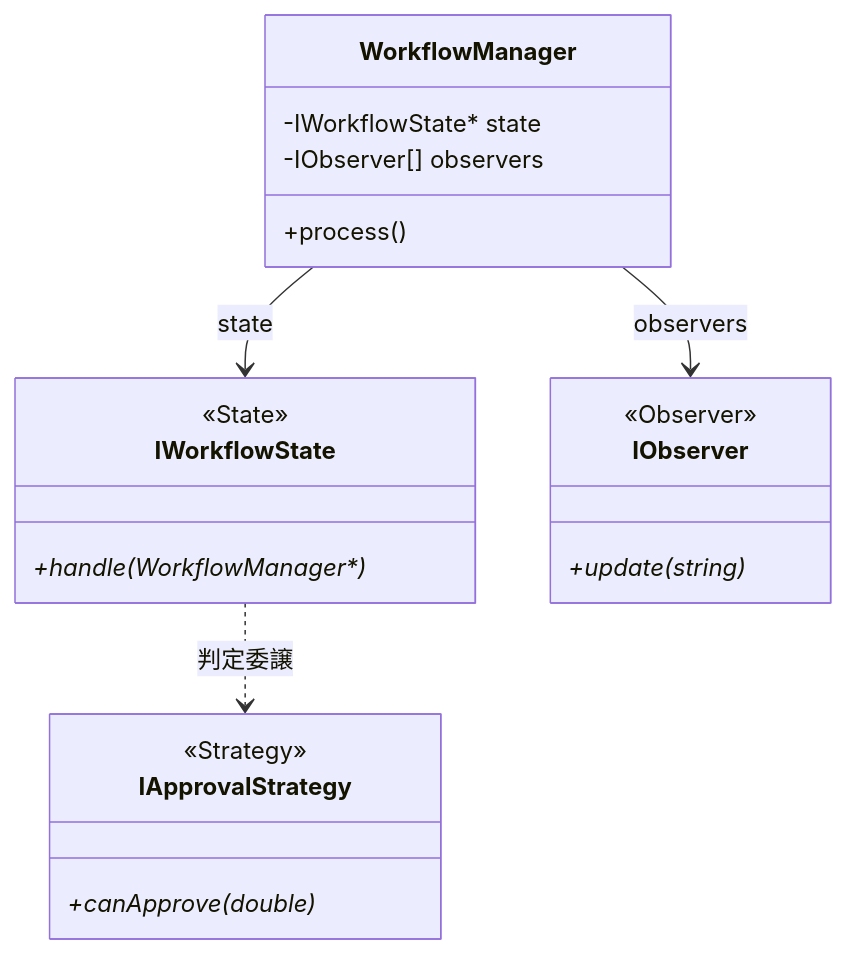
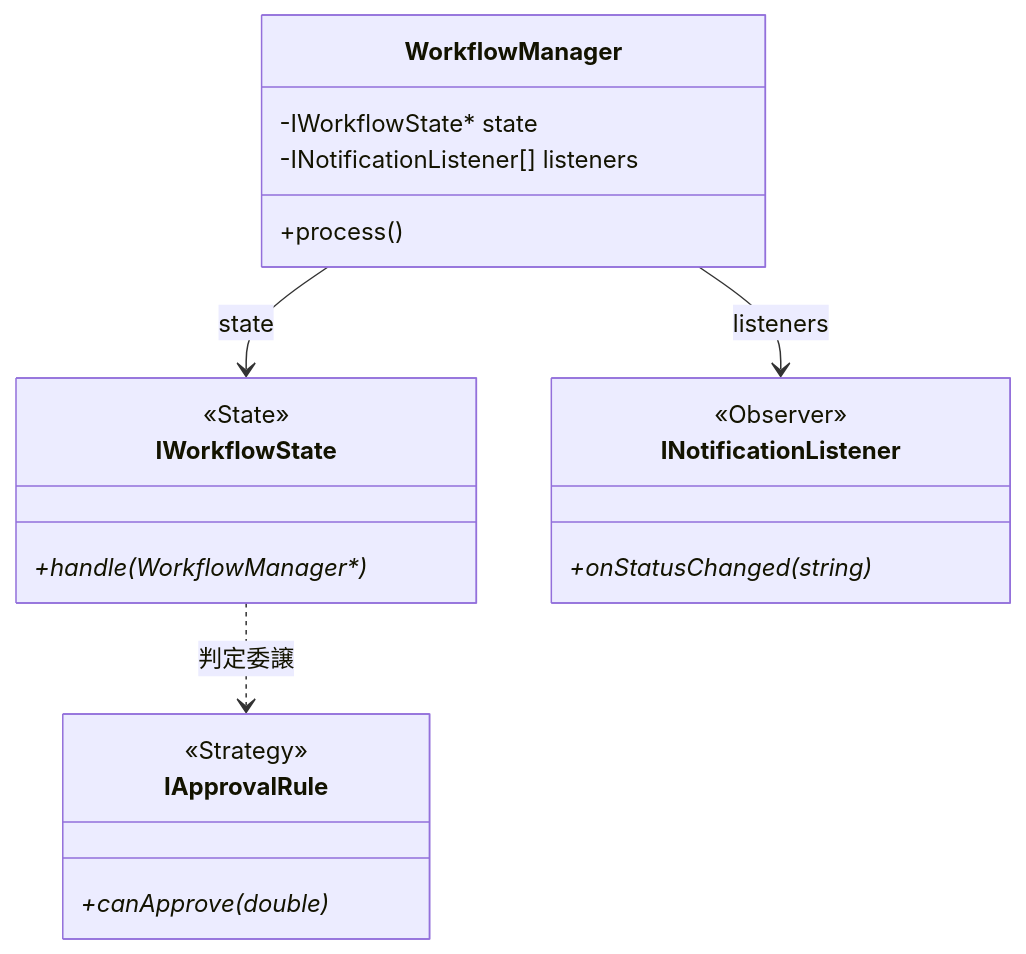
Diagram 14 of 14 in kindle/design-patterns/output/chapter12.md (kumachan1101-pixel/DesignPattern), drawn with Mermaid before and after one commit. The commit also changed other lines of this file and 2 other files, not shown here.

````diff
--- a/kindle/design-patterns/output/chapter12.md
+++ b/kindle/design-patterns/output/chapter12.md
@@ -1345,24 +1428,24 @@
 ```mermaid
 classDiagram
     class WorkflowManager {
         -IWorkflowState* state
-        -IObserver[] observers
+        -INotificationListener[] listeners
         +process()
     }
     class IWorkflowState {
         <<State>>
         +handle(WorkflowManager*)*
     }
-    class IApprovalStrategy {
+    class IApprovalRule {
         <<Strategy>>
         +canApprove(double)*
     }
-    class IObserver {
+    class INotificationListener {
         <<Observer>>
-        +update(string)*
+        +onStatusChanged(string)*
     }
     WorkflowManager --> IWorkflowState : state
-    WorkflowManager --> IObserver : observers
-    IWorkflowState ..> IApprovalStrategy : 判定委譲
+    WorkflowManager --> INotificationListener : listeners
+    IWorkflowState ..> IApprovalRule : 判定委譲
 
 ```
````
